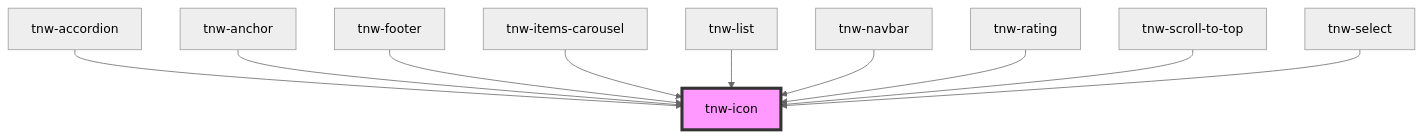
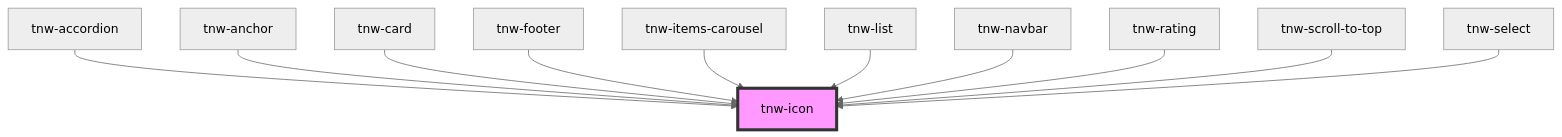
Before and after one commit to technway/technway-component-library: the diagram in packages/stencil-library/src/components/tnw-icon/readme.md, drawn with Mermaid (neutral theme). The commit also changed other lines of this file and 18 other files, not shown here.

Commit message:
feat(tnw-card): implement new props and fix styling issues

````diff
--- a/packages/stencil-library/src/components/tnw-icon/readme.md
+++ b/packages/stencil-library/src/components/tnw-icon/readme.md
@@ -99,13 +100,14 @@
 ```mermaid
 graph TD;
   tnw-accordion --> tnw-icon
   tnw-anchor --> tnw-icon
+  tnw-card --> tnw-icon
   tnw-footer --> tnw-icon
   tnw-items-carousel --> tnw-icon
   tnw-list --> tnw-icon
   tnw-navbar --> tnw-icon
   tnw-rating --> tnw-icon
   tnw-scroll-to-top --> tnw-icon
   tnw-select --> tnw-icon
   style tnw-icon fill:#f9f,stroke:#333,stroke-width:4px
 ```
````
